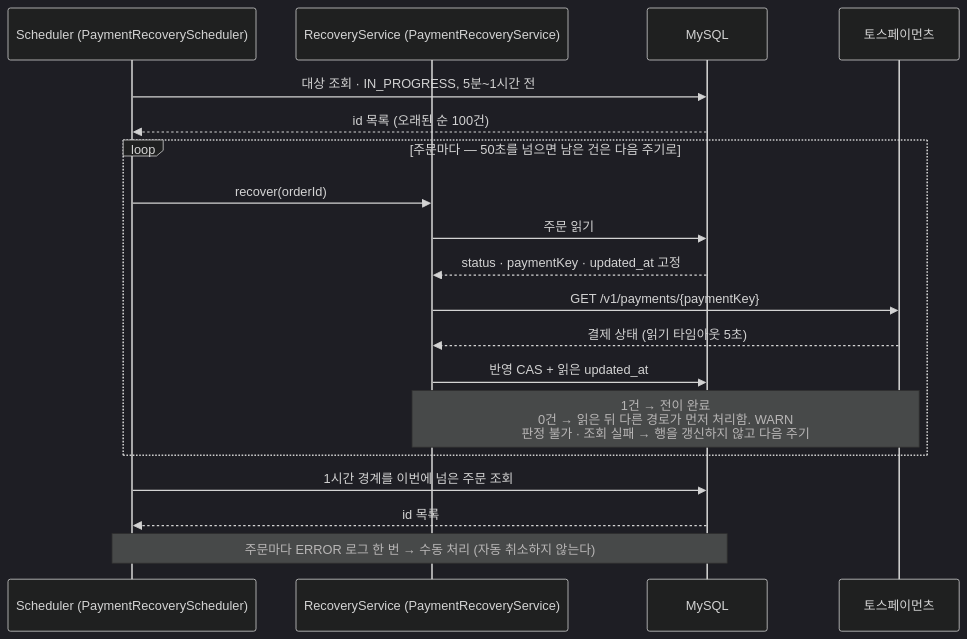
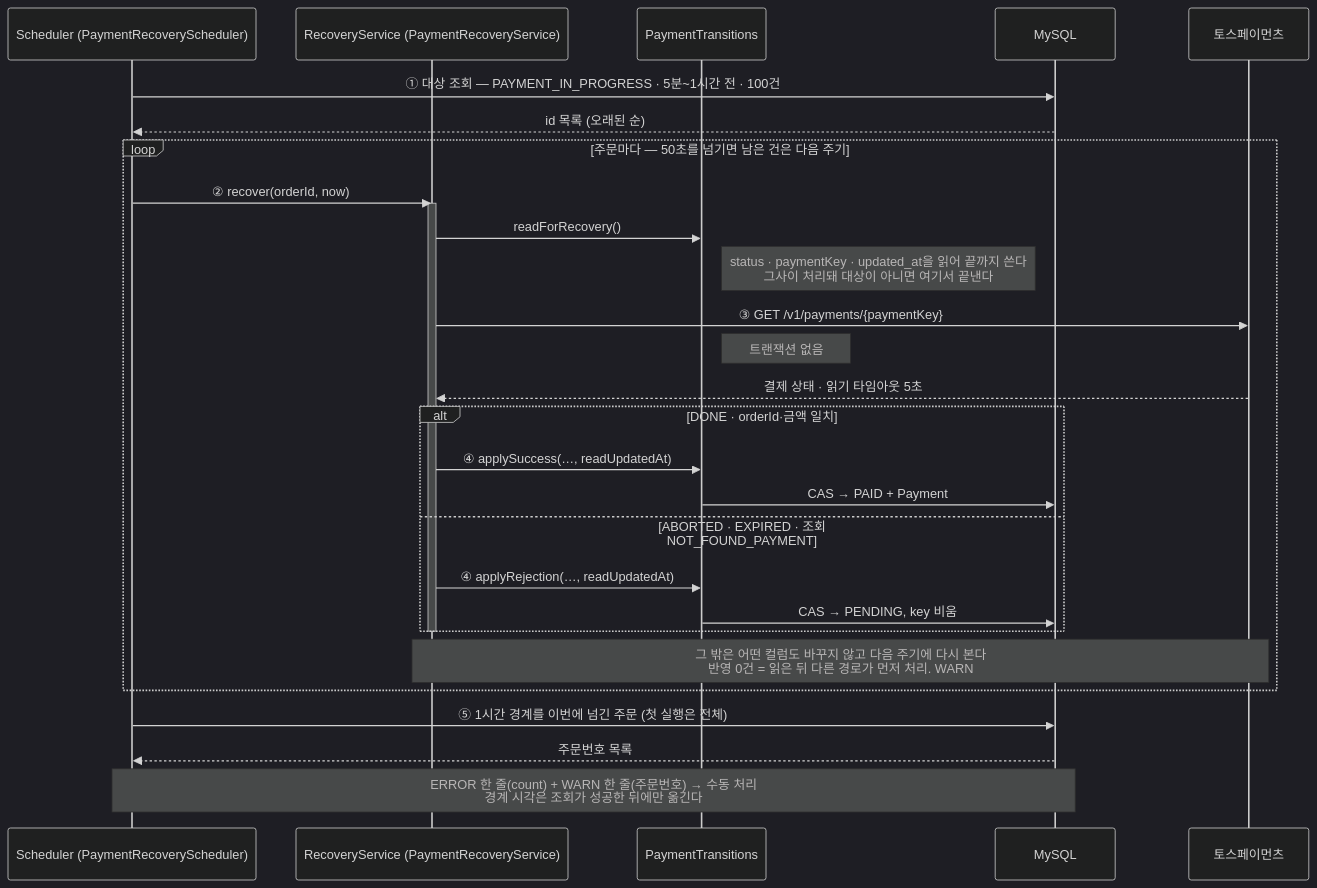
The diagram in docs/diagrams/purchase/seq-payment-recovery.md (ComeUs-HUB/ComeUs-Server), drawn with Mermaid (dark theme) before and after one commit. The commit also changed other lines of this file and 3 other files, not shown here.

Commit message:
docs: 복구 배치 시퀀스 다이어그램을 구현에 맞춰 다시 그린다

````diff
--- a/docs/diagrams/purchase/seq-payment-recovery.md
+++ b/docs/diagrams/purchase/seq-payment-recovery.md
@@ -14,22 +14,32 @@
 ```mermaid
 sequenceDiagram
     participant J as Scheduler (PaymentRecoveryScheduler)
     participant S as RecoveryService (PaymentRecoveryService)
+    participant X as PaymentTransitions
     participant M as MySQL
     participant T as 토스페이먼츠
 
-    J->>M: 대상 조회 · IN_PROGRESS, 5분~1시간 전
-    M-->>J: id 목록 (오래된 순 100건)
-    loop 주문마다 — 50초를 넘으면 남은 건은 다음 주기로
-        J->>S: recover(orderId)
-        S->>M: 주문 읽기
-        M-->>S: status · paymentKey · updated_at 고정
-        S->>T: GET /v1/payments/{paymentKey}
-        T-->>S: 결제 상태 (읽기 타임아웃 5초)
-        S->>M: 반영 CAS + 읽은 updated_at
-        Note over S,T: 1건 → 전이 완료<br/>0건 → 읽은 뒤 다른 경로가 먼저 처리함. WARN<br/>판정 불가 · 조회 실패 → 행을 갱신하지 않고 다음 주기
+    J->>M: ① 대상 조회 — PAYMENT_IN_PROGRESS · 5분~1시간 전 · 100건
+    M-->>J: id 목록 (오래된 순)
+    loop 주문마다 — 50초를 넘기면 남은 건은 다음 주기
+        J->>S: ② recover(orderId, now)
+        activate S
+        S->>X: readForRecovery()
+        Note right of X: status · paymentKey · updated_at을 읽어 끝까지 쓴다<br/>그사이 처리돼 대상이 아니면 여기서 끝낸다
+        S->>T: ③ GET /v1/payments/{paymentKey}
+        Note right of X: 트랜잭션 없음
+        T-->>S: 결제 상태 · 읽기 타임아웃 5초
+        alt DONE · orderId·금액 일치
+            S->>X: ④ applySuccess(…, readUpdatedAt)
+            X->>M: CAS → PAID + Payment
+        else ABORTED · EXPIRED · 조회 NOT_FOUND_PAYMENT
+            S->>X: ④ applyRejection(…, readUpdatedAt)
+            X->>M: CAS → PENDING, key 비움
+        end
+        deactivate S
+        Note over S,T: 그 밖은 어떤 컬럼도 바꾸지 않고 다음 주기에 다시 본다<br/>반영 0건 = 읽은 뒤 다른 경로가 먼저 처리. WARN
     end
-    J->>M: 1시간 경계를 이번에 넘은 주문 조회
-    M-->>J: id 목록
-    Note over J,M: 주문마다 ERROR 로그 한 번 → 수동 처리 (자동 취소하지 않는다)
+    J->>M: ⑤ 1시간 경계를 이번에 넘긴 주문 (첫 실행은 전체)
+    M-->>J: 주문번호 목록
+    Note over J,M: ERROR 한 줄(count) + WARN 한 줄(주문번호) → 수동 처리<br/>경계 시각은 조회가 성공한 뒤에만 옮긴다
 ```
````
